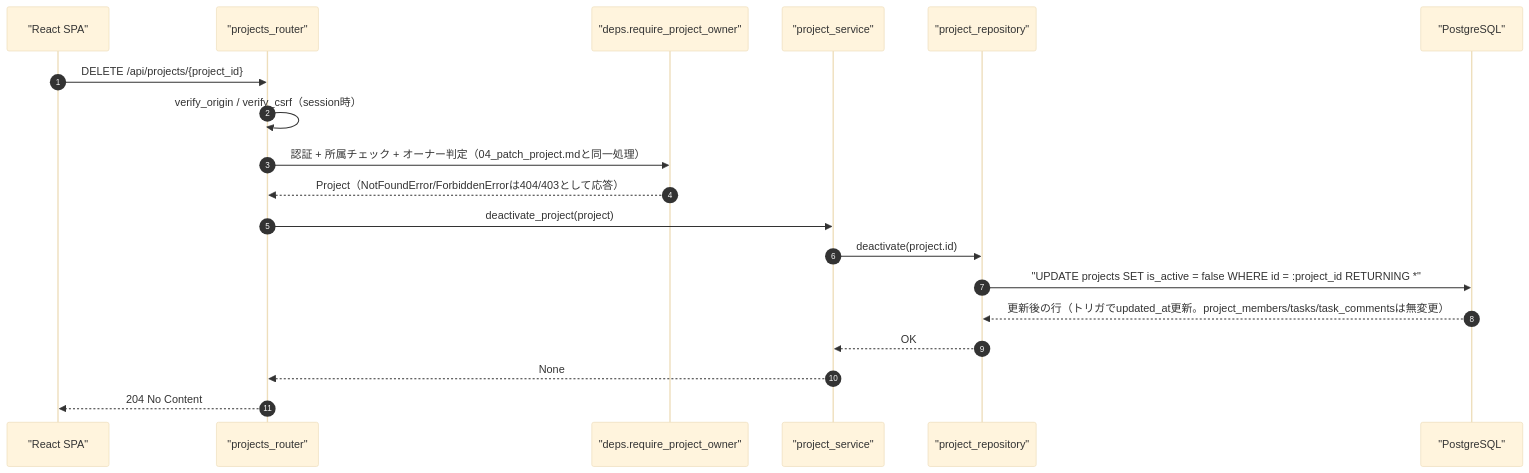
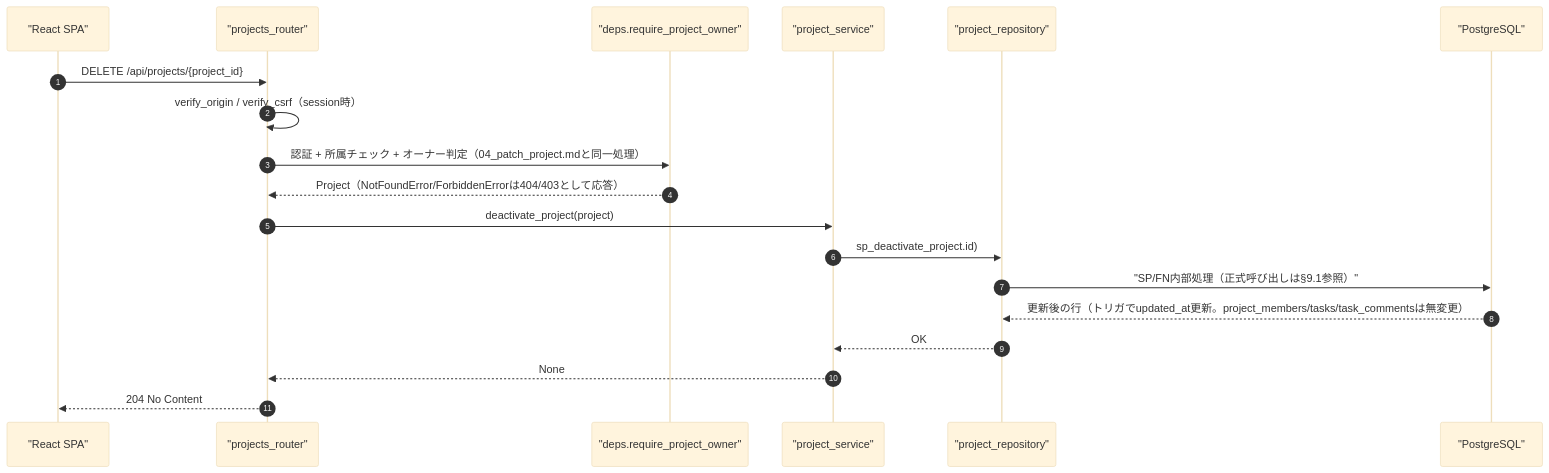
One commit to oikawa-d/task_management changed the first of 4 diagrams in detailed_design/api/projects/05_delete_project.md. Above: the diagram before and after it, drawn with Mermaid (base theme). The commit also changed other lines of this file and 58 other files, not shown here.

````diff
--- a/detailed_design/api/projects/05_delete_project.md
+++ b/detailed_design/api/projects/05_delete_project.md
@@ -64,22 +64,22 @@
 ```mermaid
 sequenceDiagram
     autonumber
     participant FE as "React SPA"
     participant R as "projects_router"
     participant D as "deps.require_project_owner"
     participant S as "project_service"
     participant RP as "project_repository"
     participant PG as "PostgreSQL"
 
     FE->>R: DELETE /api/projects/{project_id}
     R->>R: verify_origin / verify_csrf（session時）
     R->>D: 認証 + 所属チェック + オーナー判定（04_patch_project.mdと同一処理）
     D-->>R: Project（NotFoundError/ForbiddenErrorは404/403として応答）
     R->>S: deactivate_project(project)
-    S->>RP: deactivate(project.id)
-    RP->>PG: "UPDATE projects SET is_active = false WHERE id = :project_id RETURNING *"
+    S->>RP: sp_deactivate_project.id)
+    RP->>PG: "SP/FN内部処理（正式呼び出しは§9.1参照）"
     PG-->>RP: 更新後の行（トリガでupdated_at更新。project_members/tasks/task_commentsは無変更）
     RP-->>S: OK
     S-->>R: None
     R-->>FE: 204 No Content
 ```
````
